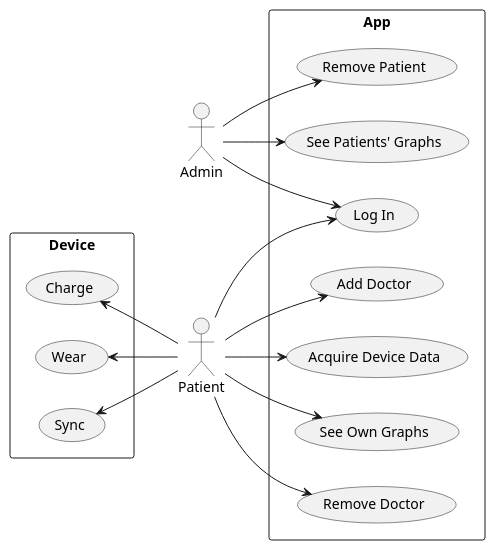
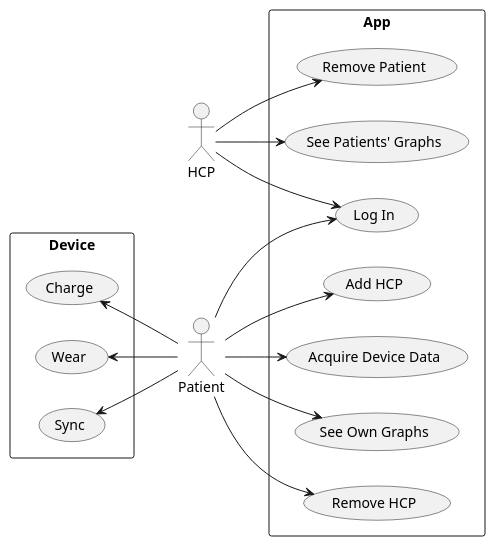
Before and after one commit to kotloutv2/Documents: the diagram in usecase.puml, drawn with PlantUML. The commit also changed 2 other files, not shown here.

Commit message:
Update usecase diagrams for updated PDD

```diff
--- a/usecase.puml
+++ b/usecase.puml
@@ -1,36 +1,36 @@
 @startuml RVMS
 left to right direction
 actor Patient as patient
-actor Admin as admin
+actor HCP as hcp
 
 rectangle App {
     usecase "Log In" as LogIn
     usecase "Acquire Device Data" as AcquireDeviceData
     usecase "See Own Graphs" as SeeOwnGraphs
     usecase "See Patients' Graphs" as SeePatientsGraphs
-    usecase "Add Doctor" as AddDoctor
-    usecase "Remove Doctor" as RemoveDoctor
+    usecase "Add HCP" as AddDoctor
+    usecase "Remove HCP" as RemoveDoctor
     usecase "Remove Patient" as RemovePatient
 }
 
 rectangle Device {
     usecase "Charge" as ChargeDevice
     usecase "Wear" as WearDevice
     usecase "Sync" as SyncDevice
 }
 
 patient --> LogIn
 patient --> AcquireDeviceData
 patient --> SeeOwnGraphs
 patient --> AddDoctor
 patient --> RemoveDoctor
 
-admin --> LogIn
-admin --> SeePatientsGraphs
-admin --> RemovePatient
+hcp --> LogIn
+hcp --> SeePatientsGraphs
+hcp --> RemovePatient
 
 ChargeDevice <-- patient
 WearDevice <-- patient
 SyncDevice <-- patient
 
 @enduml
```
